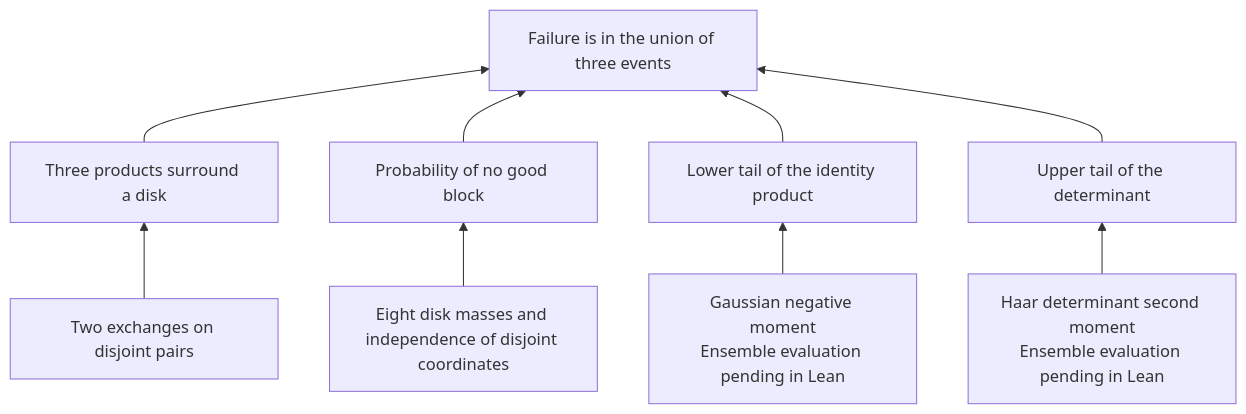
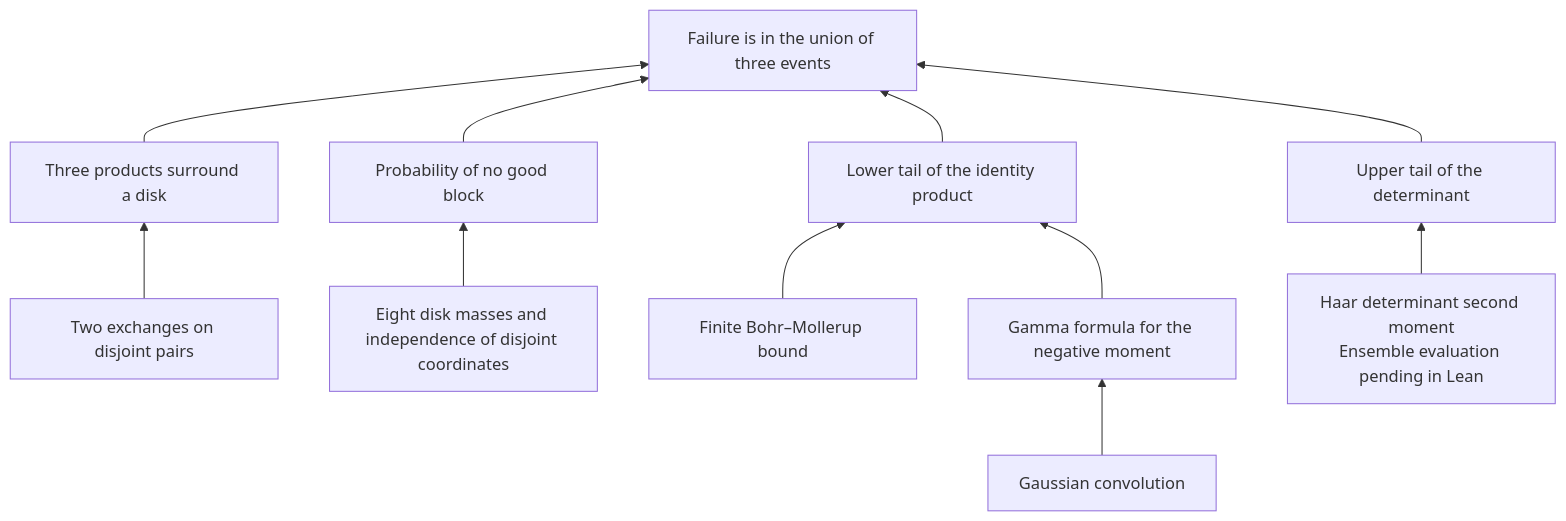
One commit to ascendnoosphere/MOC changed the diagram in Docs/Proofs/gaussian-haar-containment-map.md. Above: the diagram before and after it, drawn with Mermaid. The commit also changed other lines of this file and 1 other file, not shown here.

Commit message:
lean: derive the Gaussian baseline tail from the spectral laws

````diff
--- a/Docs/Proofs/gaussian-haar-containment-map.md
+++ b/Docs/Proofs/gaussian-haar-containment-map.md
@@ -16,11 +16,13 @@
 ```mermaid
 flowchart BT
     A["Two exchanges on disjoint pairs"] --> S["Three products surround a disk"]
     G["Eight disk masses and independence of disjoint coordinates"] --> B["Probability of no good block"]
-    N["Gaussian negative moment<br/>Ensemble evaluation pending in Lean"] --> P["Lower tail of the identity product"]
+    C["Gaussian convolution"] --> N["Gamma formula for the negative moment"]
+    L["Finite Bohr–Mollerup bound"] --> P["Lower tail of the identity product"]
+    N --> P
     H["Haar determinant second moment<br/>Ensemble evaluation pending in Lean"] --> D["Upper tail of the determinant"]
     S --> U["Failure is in the union of three events"]
     B --> U
     P --> U
     D --> U
 ```
````
